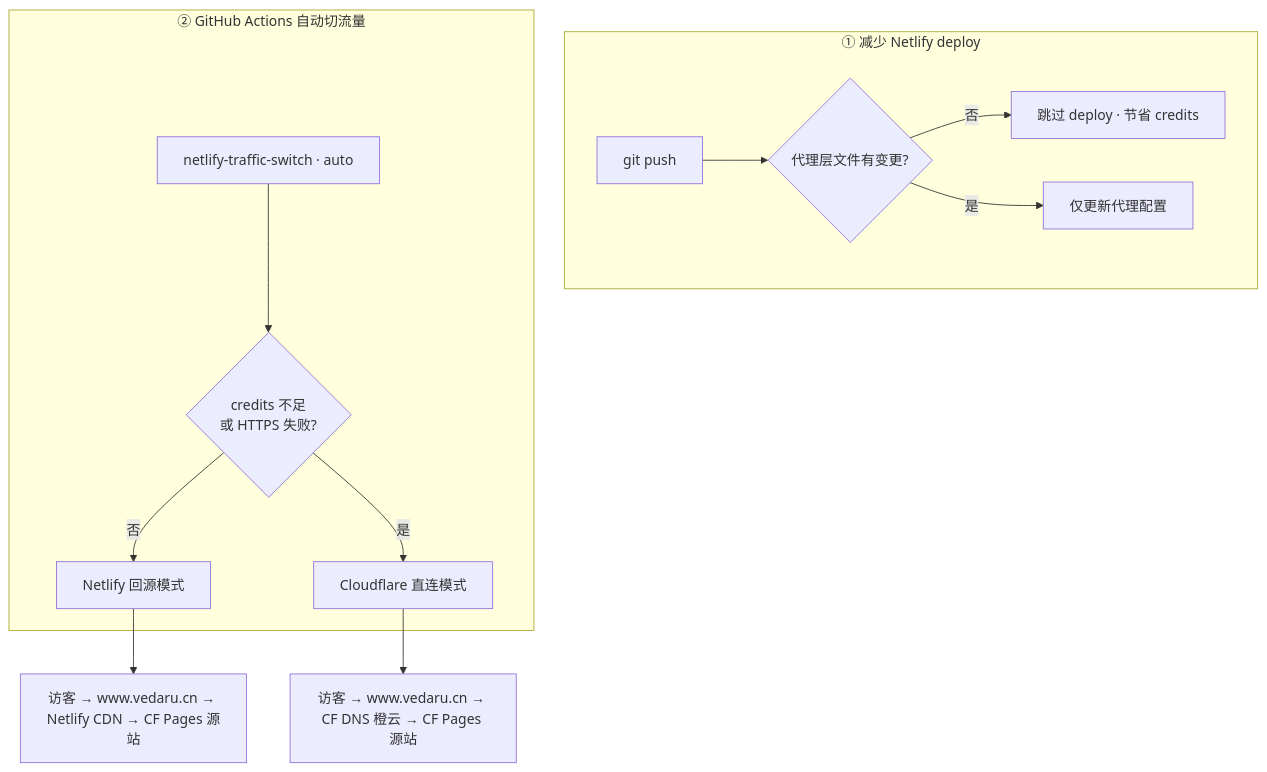
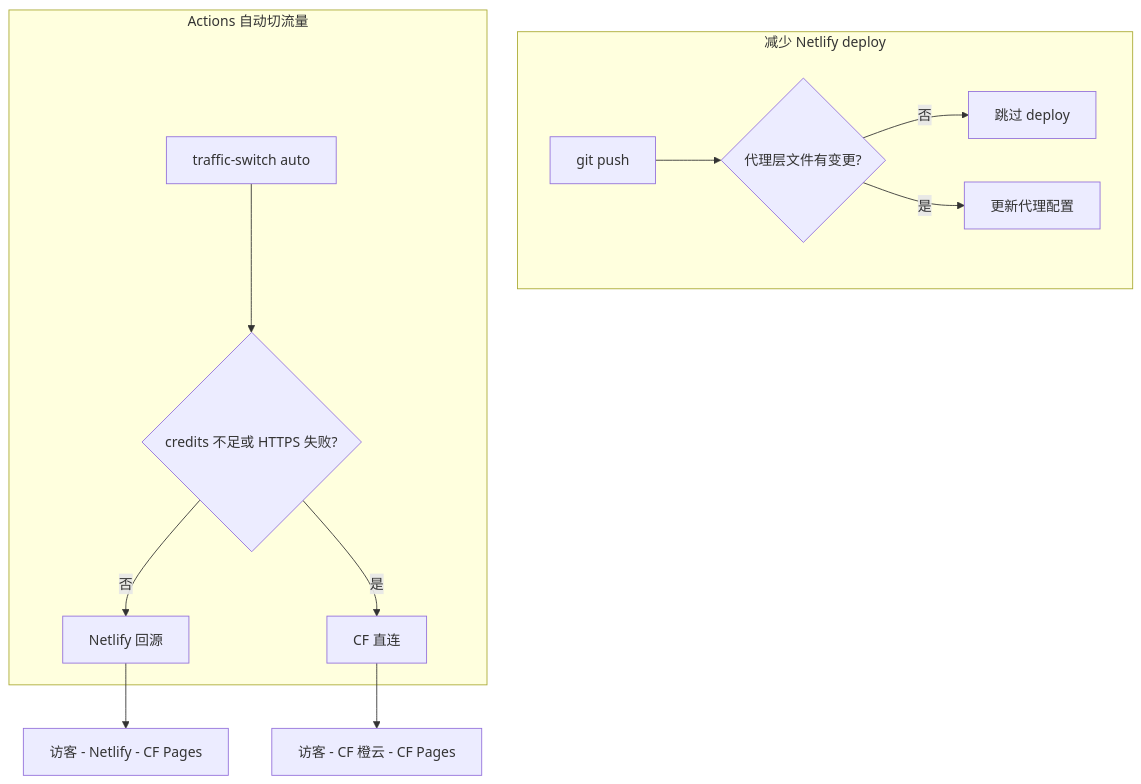
Before and after one commit to Vedaru/vedarublog.github.io: the diagram in src/content/posts/cloudflare-netlify-traffic-switch.md, drawn with Mermaid. The commit also changed 5 other files, not shown here.

````diff
--- a/src/content/posts/cloudflare-netlify-traffic-switch.md
+++ b/src/content/posts/cloudflare-netlify-traffic-switch.md
@@ -50,17 +50,17 @@
 ```mermaid
 flowchart TB
-  subgraph save [① 减少 Netlify deploy]
+  subgraph save [减少 Netlify deploy]
     push[git push] --> diff{代理层文件有变更?}
-    diff -->|否| skip[跳过 deploy · 节省 credits]
-    diff -->|是| deploy[仅更新代理配置]
+    diff -->|否| skip[跳过 deploy]
+    diff -->|是| deploy[更新代理配置]
   end
 
-  subgraph switch [② GitHub Actions 自动切流量]
-    gha[netlify-traffic-switch · auto] --> cond{credits 不足<br/>或 HTTPS 失败?}
-    cond -->|否| modeA[Netlify 回源模式]
-    cond -->|是| modeB[Cloudflare 直连模式]
+  subgraph switch [Actions 自动切流量]
+    gha[traffic-switch auto] --> cond{credits 不足或 HTTPS 失败?}
+    cond -->|否| modeA[Netlify 回源]
+    cond -->|是| modeB[CF 直连]
   end
 
-  modeA --> pathA["访客 → www.vedaru.cn → Netlify CDN → CF Pages 源站"]
-  modeB --> pathB["访客 → www.vedaru.cn → CF DNS 橙云 → CF Pages 源站"]
+  modeA --> pathA[访客 - Netlify - CF Pages]
+  modeB --> pathB[访客 - CF 橙云 - CF Pages]
 ```
````
